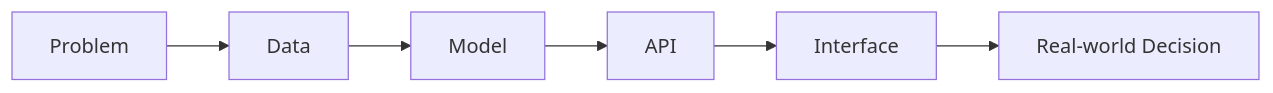
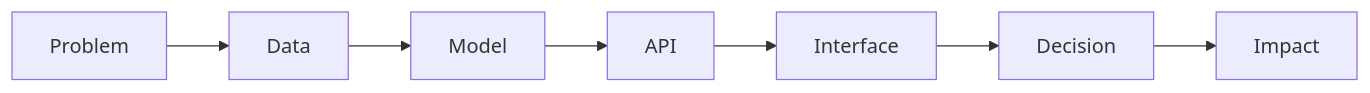
Before and after one commit to Abhi951197/Abhi951197: the diagram in README.md, drawn with Mermaid. The commit also changed other lines of this file, not shown here.

````diff
--- a/README.md
+++ b/README.md
@@ -136,8 +154,9 @@
 ```mermaid
 flowchart LR
     A[Problem] --> B[Data]
     B --> C[Model]
     C --> D[API]
     D --> E[Interface]
-    E --> F[Real-world Decision]
+    E --> F[Decision]
+    F --> G[Impact]
 ```
````
